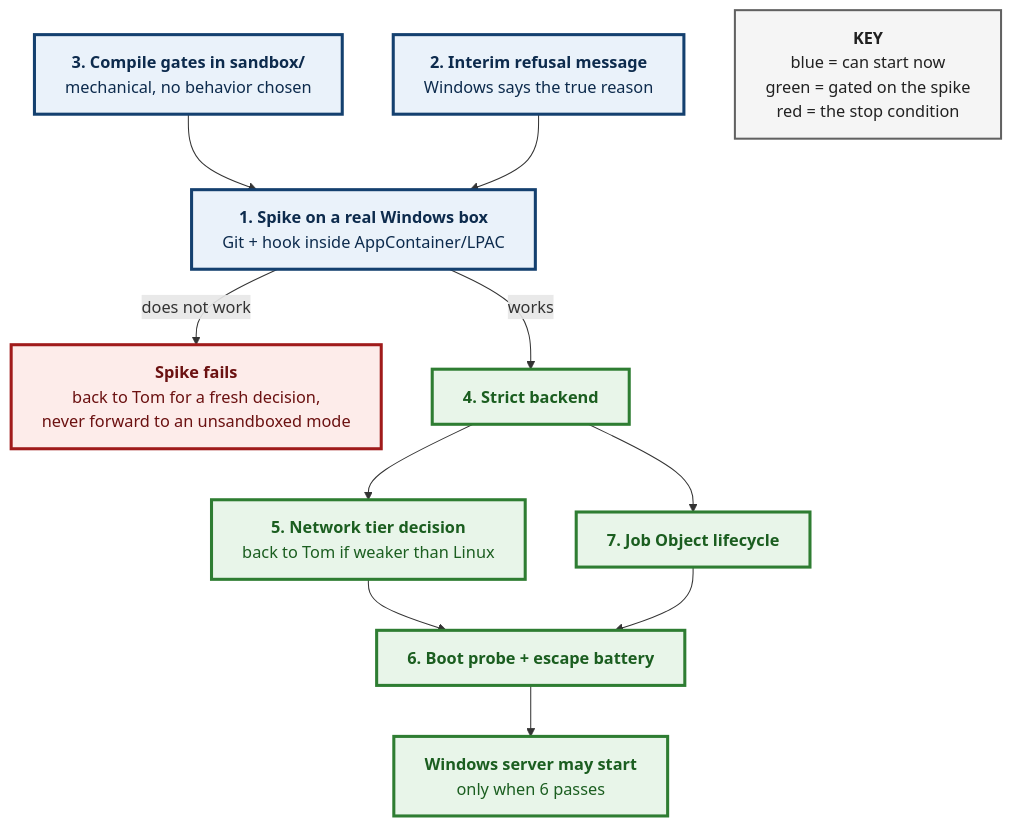
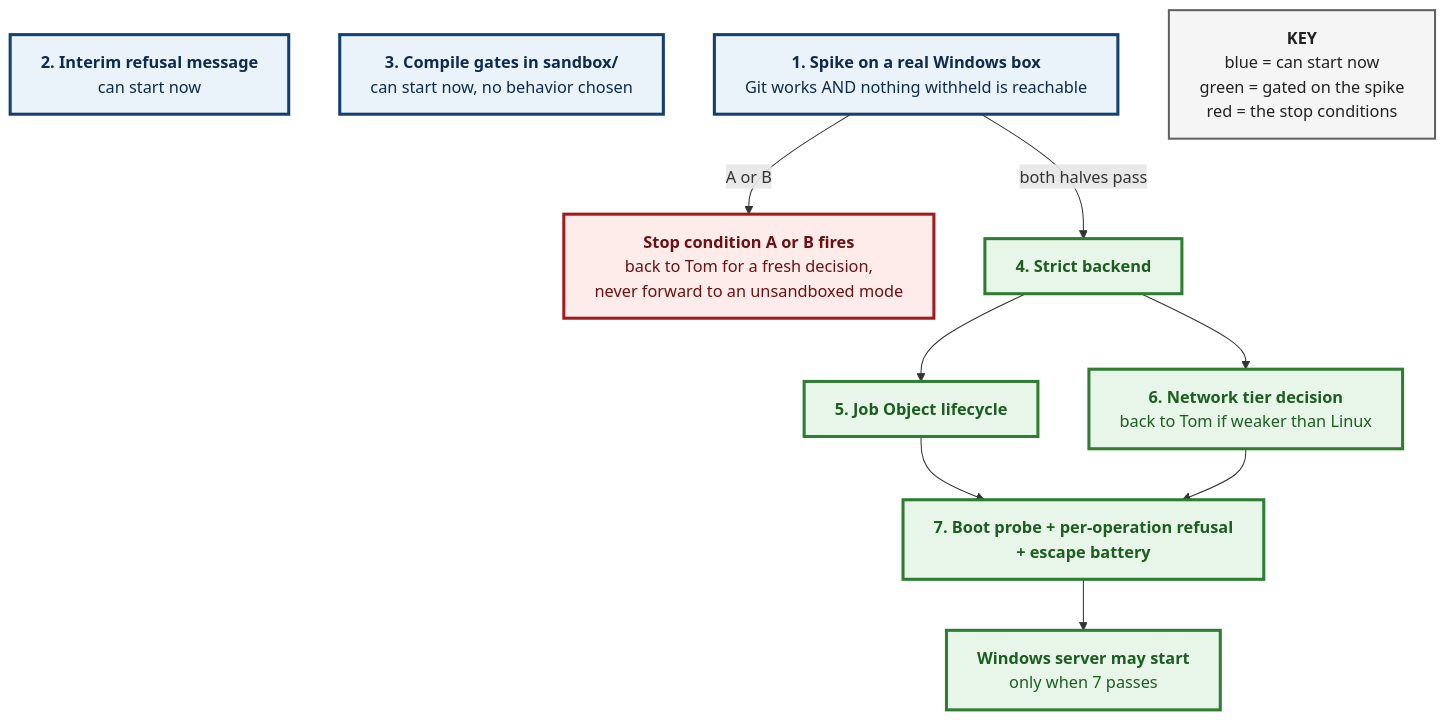
One commit to tom2025b/git-vista changed the third of 3 diagrams in docs/adr/0152-windows-containment-is-a-native-backend-and-windows-refuses-until-it-exists.md. Above: the diagram before and after it, drawn with Mermaid. The commit also changed other lines of this file and 1 other file, not shown here.

First line of the commit message:
docs(adr): 0152 grok round 1 — match Strict's real grants, make the spike prove them

````diff
--- a/docs/adr/0152-windows-containment-is-a-native-backend-and-windows-refuses-until-it-exists.md
+++ b/docs/adr/0152-windows-containment-is-a-native-backend-and-windows-refuses-until-it-exists.md
@@ -252,38 +310,36 @@
 ```mermaid
 ---
 config:
   flowchart:
     wrappingWidth: 460
 ---
 flowchart TD
-    I3["<b>3. Compile gates in sandbox/</b><br/>mechanical, no behavior chosen"]
-    I2["<b>2. Interim refusal message</b><br/>Windows says the true reason"]
-    I1["<b>1. Spike on a real Windows box</b><br/>Git + hook inside AppContainer/LPAC"]
-    STOP["<b>Spike fails</b><br/>back to Tom for a fresh decision,<br/>never forward to an unsandboxed mode"]
+    I2["<b>2. Interim refusal message</b><br/>can start now"]
+    I3["<b>3. Compile gates in sandbox/</b><br/>can start now, no behavior chosen"]
+    I1["<b>1. Spike on a real Windows box</b><br/>Git works AND nothing withheld is reachable"]
+    STOP["<b>Stop condition A or B fires</b><br/>back to Tom for a fresh decision,<br/>never forward to an unsandboxed mode"]
     I4["<b>4. Strict backend</b>"]
-    I5["<b>5. Network tier decision</b><br/>back to Tom if weaker than Linux"]
-    I6["<b>6. Boot probe + escape battery</b>"]
-    I7["<b>7. Job Object lifecycle</b>"]
-    SHIP["<b>Windows server may start</b><br/>only when 6 passes"]
-    KEY["<b>KEY</b><br/>blue = can start now<br/>green = gated on the spike<br/>red = the stop condition"]
+    I5["<b>5. Job Object lifecycle</b>"]
+    I6["<b>6. Network tier decision</b><br/>back to Tom if weaker than Linux"]
+    I7["<b>7. Boot probe + per-operation refusal<br/>+ escape battery</b>"]
+    SHIP["<b>Windows server may start</b><br/>only when 7 passes"]
+    KEY["<b>KEY</b><br/>blue = can start now<br/>green = gated on the spike<br/>red = the stop conditions"]
 
-    I3 --> I1
-    I2 --> I1
-    I1 -->|"works"| I4
-    I1 -->|"does not work"| STOP
+    I1 -->|"both halves pass"| I4
+    I1 -->|"A or B"| STOP
     I4 --> I5
-    I4 --> I7
-    I5 --> I6
-    I7 --> I6
-    I6 --> SHIP
+    I4 --> I6
+    I5 --> I7
+    I6 --> I7
+    I7 --> SHIP
 
     classDef now fill:#eaf2fa,stroke:#14406f,stroke-width:3px,color:#0d2b4d
     classDef gated fill:#e8f5e9,stroke:#2e7d32,stroke-width:3px,color:#1b5e20
     classDef stop fill:#fdecea,stroke:#a01b1b,stroke-width:3px,color:#6b1111
     classDef legend fill:#f5f5f5,stroke:#616161,stroke-width:2px,color:#212121
 
-    class I3,I2,I1 now
+    class I2,I3,I1 now
     class I4,I5,I6,I7,SHIP gated
     class STOP stop
     class KEY legend
 ```
````
